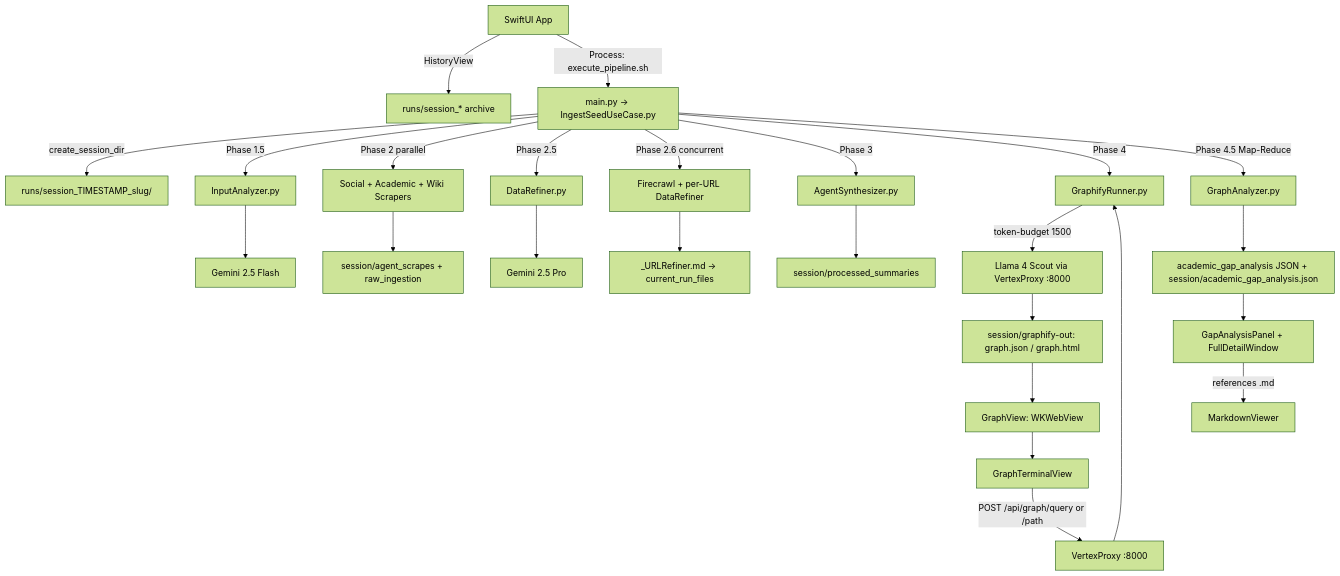
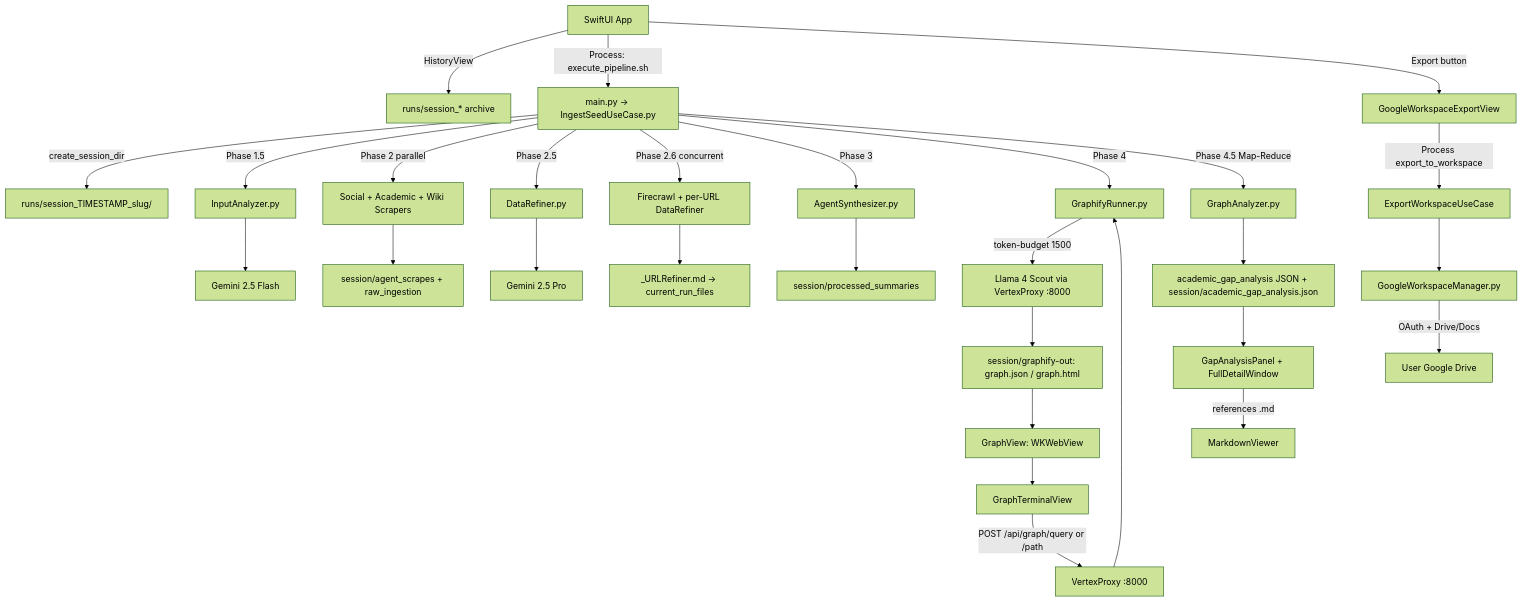
The diagram in ResearchGraphApp/PROJECT_SPEC.md (sethum-VS/ResearchBot), drawn with Mermaid (forest theme) before and after one commit. The commit also changed other lines of this file, not shown here.

First line of the commit message:
docs: document Google Workspace OAuth export in PROJECT_SPEC

````diff
--- a/ResearchGraphApp/PROJECT_SPEC.md
+++ b/ResearchGraphApp/PROJECT_SPEC.md
@@ -53,36 +64,41 @@
 ```mermaid
 graph TD
     A[SwiftUI App] -->|HistoryView| H[runs/session_* archive]
     A -->|Process: execute_pipeline.sh| B[main.py → IngestSeedUseCase.py]
     B -->|create_session_dir| S[runs/session_TIMESTAMP_slug/]
 
     B -->|Phase 1.5| C[InputAnalyzer.py]
     C --> D[Gemini 2.5 Flash]
 
     B -->|Phase 2 parallel| E[Social + Academic + Wiki Scrapers]
     E --> F[session/agent_scrapes + raw_ingestion]
 
     B -->|Phase 2.5| G[DataRefiner.py]
     G --> H2[Gemini 2.5 Pro]
 
     B -->|Phase 2.6 concurrent| I[Firecrawl + per-URL DataRefiner]
     I --> J[_URLRefiner.md → current_run_files]
 
     B -->|Phase 3| K[AgentSynthesizer.py]
     K --> L[session/processed_summaries]
 
     B -->|Phase 4| M[GraphifyRunner.py]
     M -->|token-budget 1500| N[Llama 4 Scout via VertexProxy :8000]
     N --> O[session/graphify-out: graph.json / graph.html]
 
     B -->|Phase 4.5 Map-Reduce| P[GraphAnalyzer.py]
     P --> Q[academic_gap_analysis JSON + session/academic_gap_analysis.json]
 
     O --> V[GraphView: WKWebView]
     Q --> T[GapAnalysisPanel + FullDetailWindow]
     T -->|references .md| U[MarkdownViewer]
 
     V --> GT[GraphTerminalView]
     GT -->|POST /api/graph/query or /path| VP[VertexProxy :8000]
     VP --> M
+
+    A -->|Export button| GW[GoogleWorkspaceExportView]
+    GW -->|Process export_to_workspace| EX[ExportWorkspaceUseCase]
+    EX --> GWM[GoogleWorkspaceManager.py]
+    GWM -->|OAuth + Drive/Docs| GD[User Google Drive]
 ```
````
